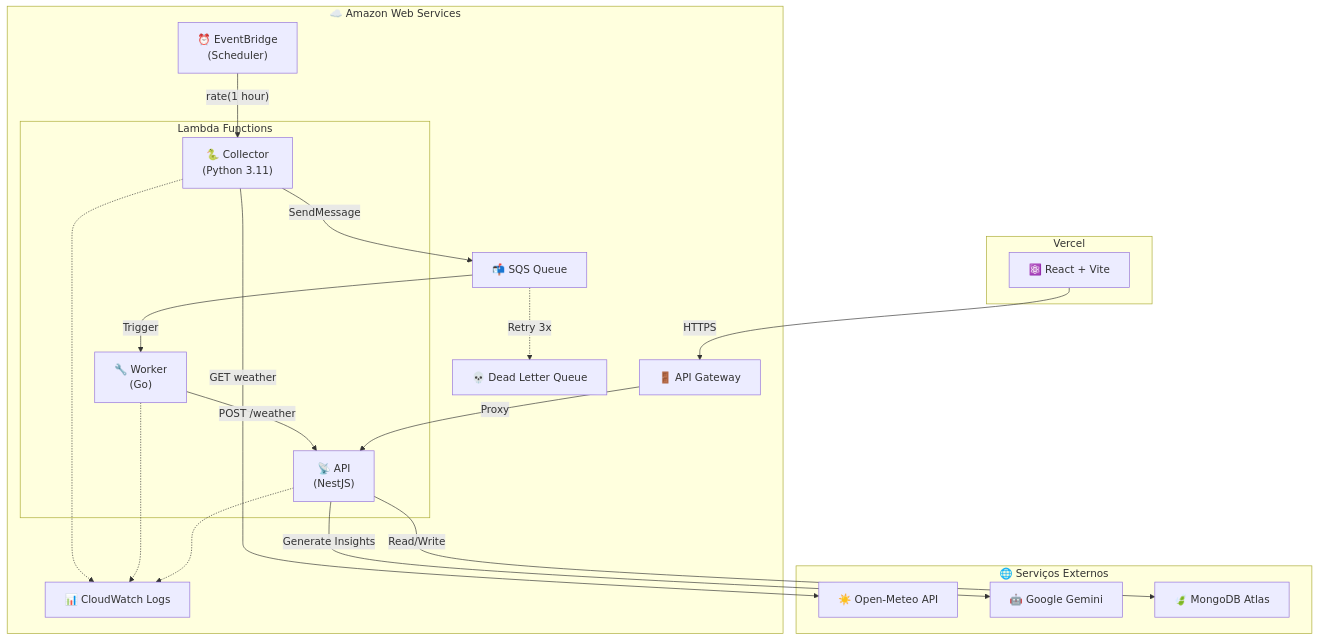
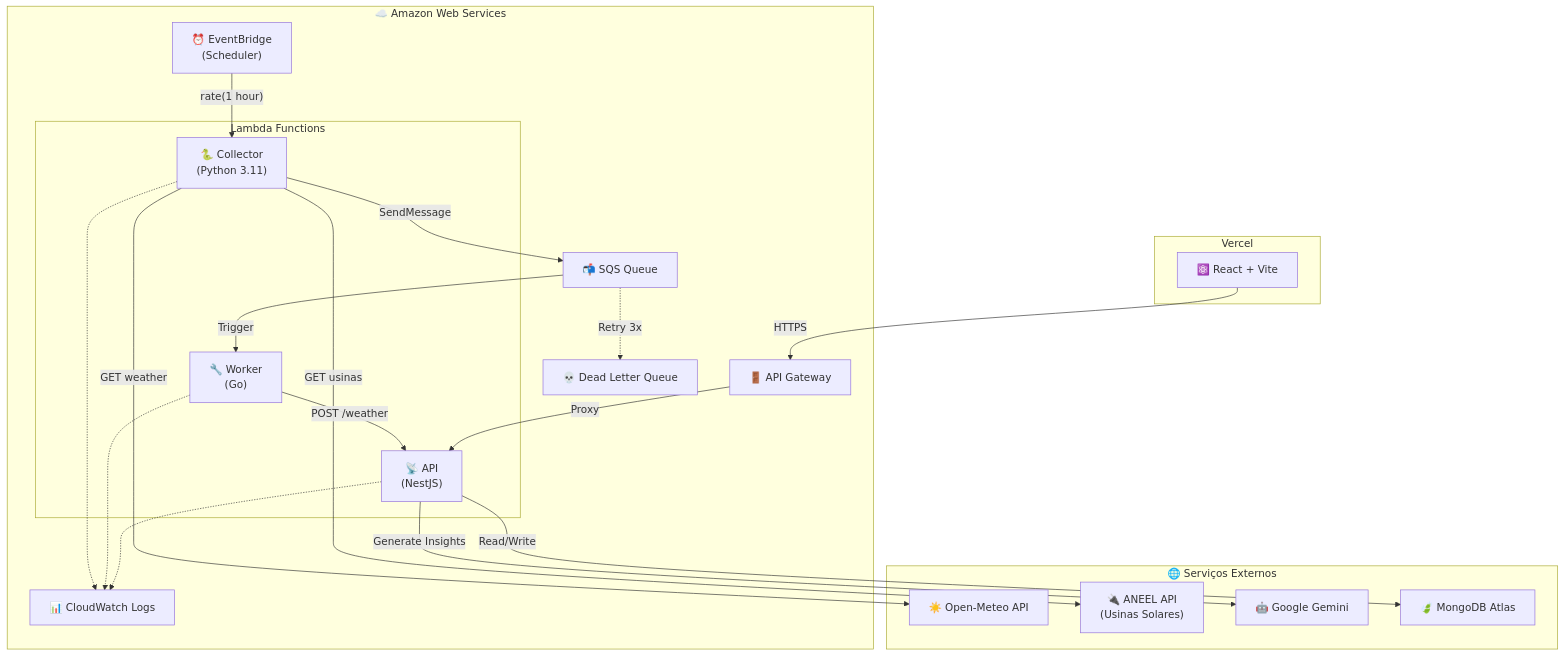
One commit to duarty/desafio-gdash-2025-02 changed the diagram in README.md. Above: the diagram before and after it, drawn with Mermaid.

Commit message:
feat: add ANEEL API for solar plants to the architecture diagram and data collection flow

````diff
--- a/README.md
+++ b/README.md
@@ -194,50 +194,52 @@
 ```mermaid
 flowchart TB
     subgraph External["🌐 Serviços Externos"]
         OpenMeteo["☀️ Open-Meteo API"]
+        ANEEL["🔌 ANEEL API<br/>(Usinas Solares)"]
         Gemini["🤖 Google Gemini"]
         MongoDB["🍃 MongoDB Atlas"]
     end
 
     subgraph Vercel["Vercel"]
         Frontend["⚛️ React + Vite"]
     end
 
     subgraph AWS["☁️ Amazon Web Services"]
         EventBridge["⏰ EventBridge<br/>(Scheduler)"]
         
         subgraph Lambdas["Lambda Functions"]
             Collector["🐍 Collector<br/>(Python 3.11)"]
             Worker["🔧 Worker<br/>(Go)"]
             API["📡 API<br/>(NestJS)"]
         end
         
         SQS["📬 SQS Queue"]
         DLQ["💀 Dead Letter Queue"]
         APIGateway["🚪 API Gateway"]
         CloudWatch["📊 CloudWatch Logs"]
     end
 
     %% Fluxo de coleta de dados
     EventBridge -->|"rate(1 hour)"| Collector
     Collector -->|"GET weather"| OpenMeteo
+    Collector -->|"GET usinas"| ANEEL
     Collector -->|"SendMessage"| SQS
     
     %% Processamento
     SQS -->|"Trigger"| Worker
     SQS -.->|"Retry 3x"| DLQ
     Worker -->|"POST /weather"| API
     
     %% API
     APIGateway -->|"Proxy"| API
     API -->|"Read/Write"| MongoDB
     API -->|"Generate Insights"| Gemini
     
     %% Frontend
     Frontend -->|"HTTPS"| APIGateway
     
     %% Logs
     Collector -.-> CloudWatch
     Worker -.-> CloudWatch
     API -.-> CloudWatch
 ```
````
